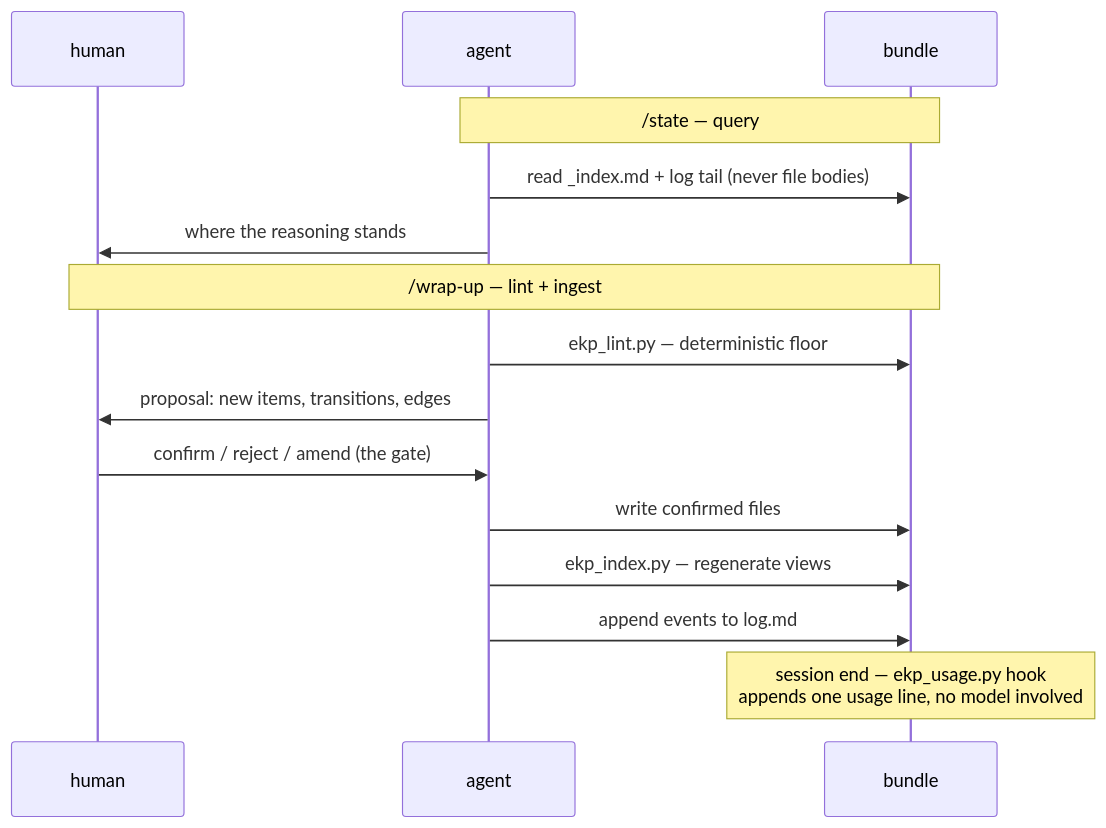
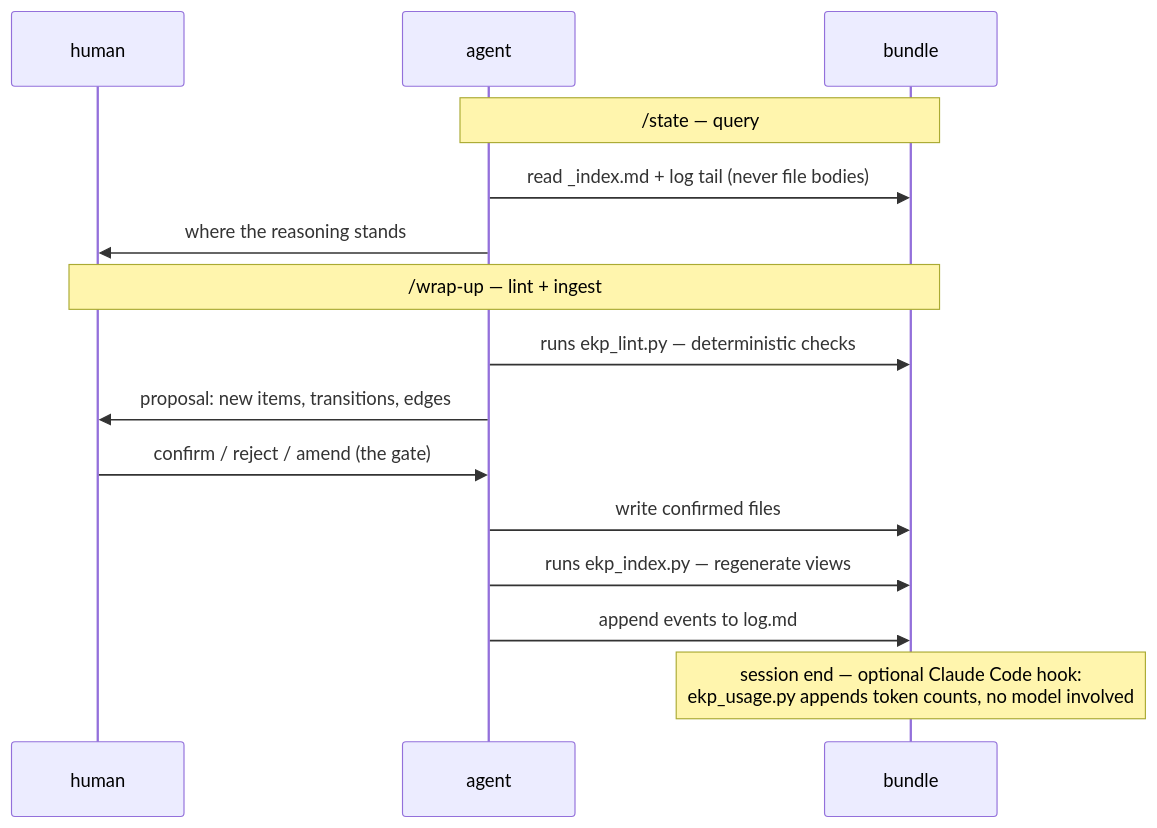
Before and after one commit to AhUhmm/epistemic-knowledge-profile: the second of 3 diagrams in README.md, drawn with Mermaid. The commit also changed other lines of this file and 1 other file, not shown here.

First line of the commit message:
README: system-at-a-glance diagrams say who runs what

````diff
--- a/README.md
+++ b/README.md
@@ -87,17 +90,17 @@
 ```mermaid
 sequenceDiagram
     participant U as human
     participant M as agent
     participant B as bundle
     Note over M,B: /state — query
     M->>B: read _index.md + log tail (never file bodies)
     M->>U: where the reasoning stands
     Note over U,B: /wrap-up — lint + ingest
-    M->>B: ekp_lint.py — deterministic floor
+    M->>B: runs ekp_lint.py — deterministic checks
     M->>U: proposal: new items, transitions, edges
     U->>M: confirm / reject / amend (the gate)
     M->>B: write confirmed files
-    M->>B: ekp_index.py — regenerate views
+    M->>B: runs ekp_index.py — regenerate views
     M->>B: append events to log.md
-    Note over B: session end — ekp_usage.py hook<br/>appends one usage line, no model involved
+    Note over B: session end — optional Claude Code hook:<br/>ekp_usage.py appends token counts, no model involved
 ```
````
